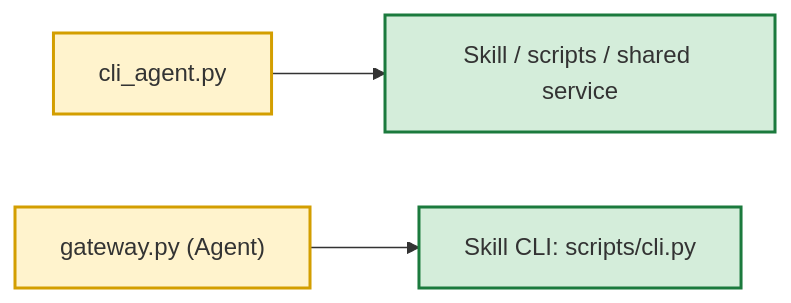
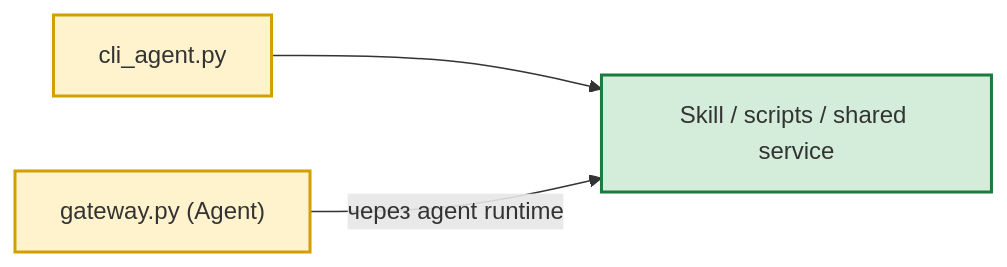
The sixth of 12 diagrams in docs/TARGET_ARCHITECTURE.md (AlexEgorov85/workspaces_nanobot), drawn with Mermaid before and after one commit. The commit also changed other lines of this file and 3 other files, not shown here.

````diff
--- a/docs/TARGET_ARCHITECTURE.md
+++ b/docs/TARGET_ARCHITECTURE.md
@@ -504,9 +533,9 @@
 ```mermaid
 flowchart LR
     CLI["cli_agent.py"] --> SK["Skill / scripts / shared service"]
-    AG["gateway.py (Agent)"] --> CLI2["Skill CLI: scripts/cli.py"]
+    AG["gateway.py (Agent)"] -->|через agent runtime| SK
     classDef core fill:#fff3cd,stroke:#d39e00,stroke-width:2px
     classDef infra fill:#d4edda,stroke:#1b7a3d,stroke-width:2px
     class CLI,AG core
-    class SK,CLI2 infra
+    class SK infra
 ```
````
